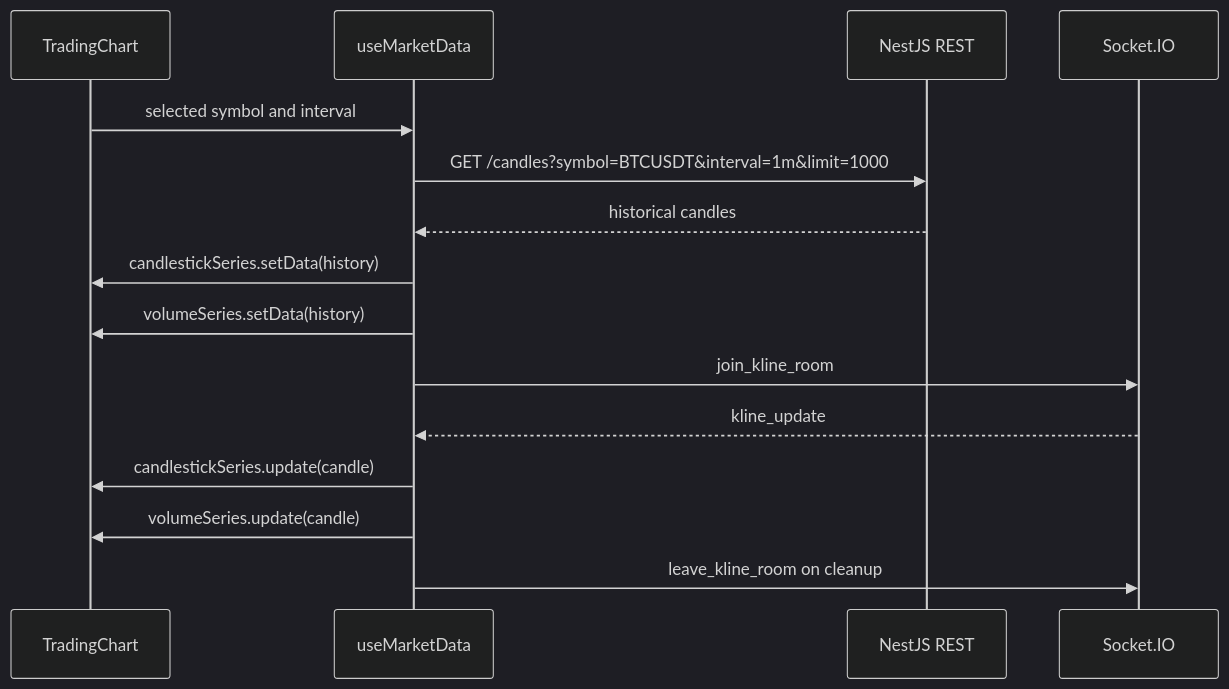
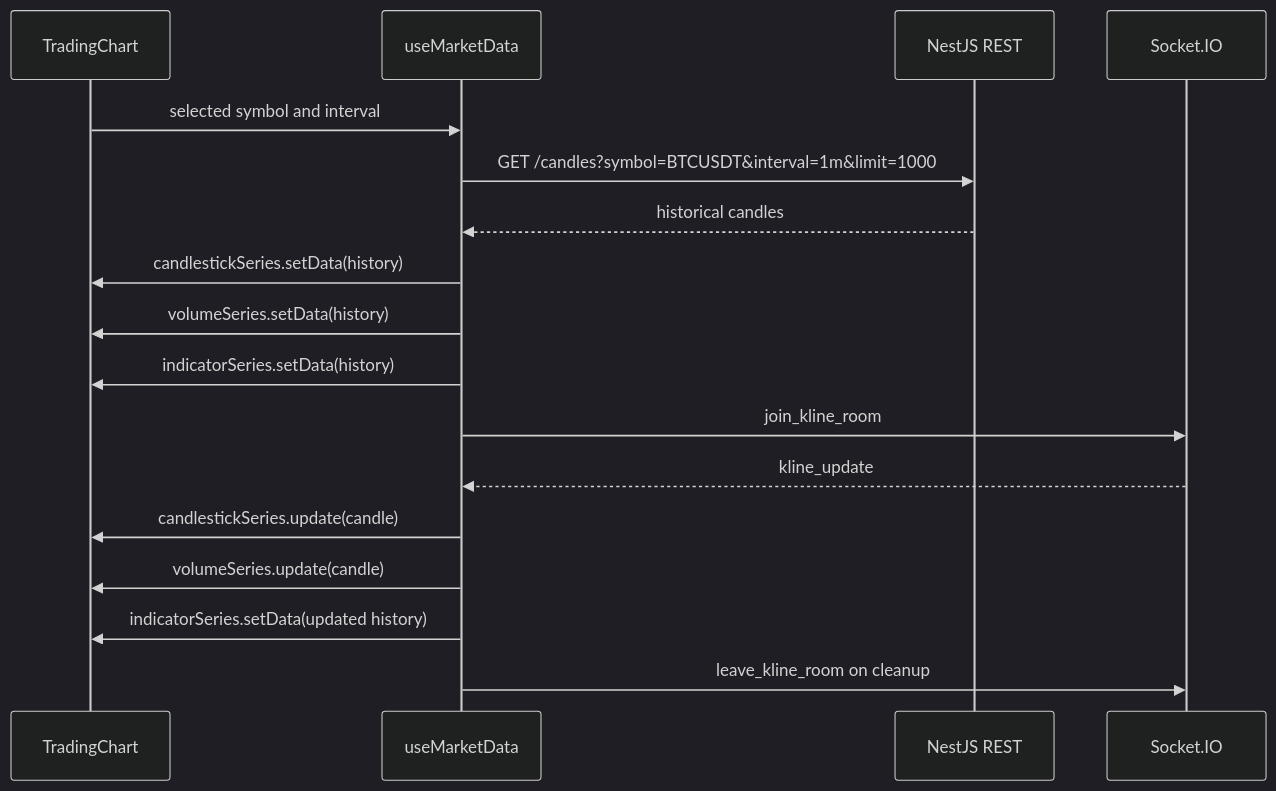
The diagram in frontend/README.md (Zane-Theodore/NexTick), drawn with Mermaid (dark theme) before and after one commit. The commit also changed other lines of this file and 6 other files, not shown here.

````diff
--- a/frontend/README.md
+++ b/frontend/README.md
@@ -123,18 +119,20 @@
 ```mermaid
 sequenceDiagram
   participant UI as TradingChart
   participant Hook as useMarketData
   participant API as NestJS REST
   participant Socket as Socket.IO
 
   UI->>Hook: selected symbol and interval
   Hook->>API: GET /candles?symbol=BTCUSDT&interval=1m&limit=1000
   API-->>Hook: historical candles
   Hook->>UI: candlestickSeries.setData(history)
   Hook->>UI: volumeSeries.setData(history)
+  Hook->>UI: indicatorSeries.setData(history)
   Hook->>Socket: join_kline_room
   Socket-->>Hook: kline_update
   Hook->>UI: candlestickSeries.update(candle)
   Hook->>UI: volumeSeries.update(candle)
+  Hook->>UI: indicatorSeries.setData(updated history)
   Hook->>Socket: leave_kline_room on cleanup
 ```
````
